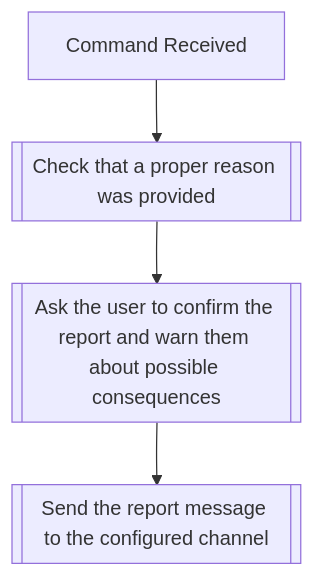
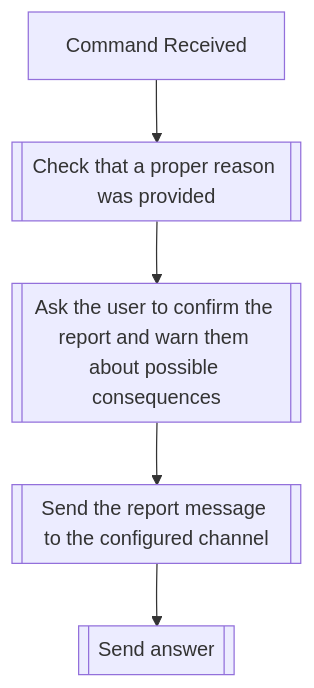
Before and after one commit to dorythecat/TransforMate: the diagram in docs/commands/others/report.md, drawn with Mermaid. The commit also changed 5 other files, not shown here.

Commit message:
Fixed flowcharts and some typos

````diff
--- a/docs/commands/others/report.md
+++ b/docs/commands/others/report.md
@@ -29,6 +29,7 @@
 ```mermaid
 flowchart TD
     CommandReceived[Command Received] --> CheckReason[[Check that a proper reason was provided]] 
     CheckReason --> AskConfirmation[[Ask the user to confirm the report and warn them about possible consequences]]
     AskConfirmation --> Report[[Send the report message to the configured channel]]
+    Report --> SendAnswer[[Send answer]]
 ```
````
